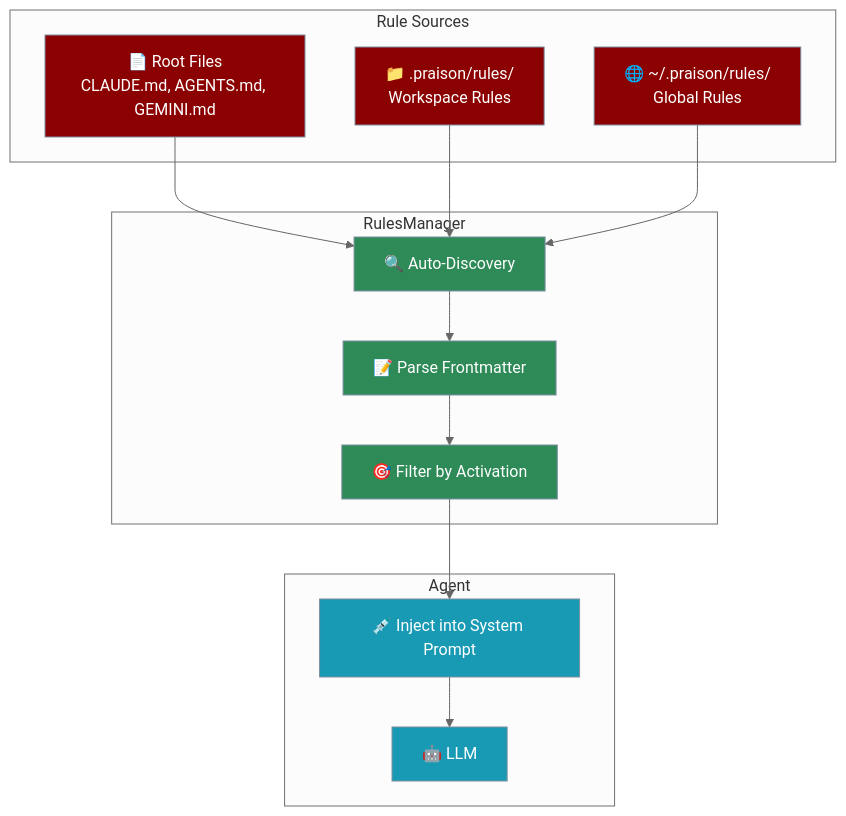
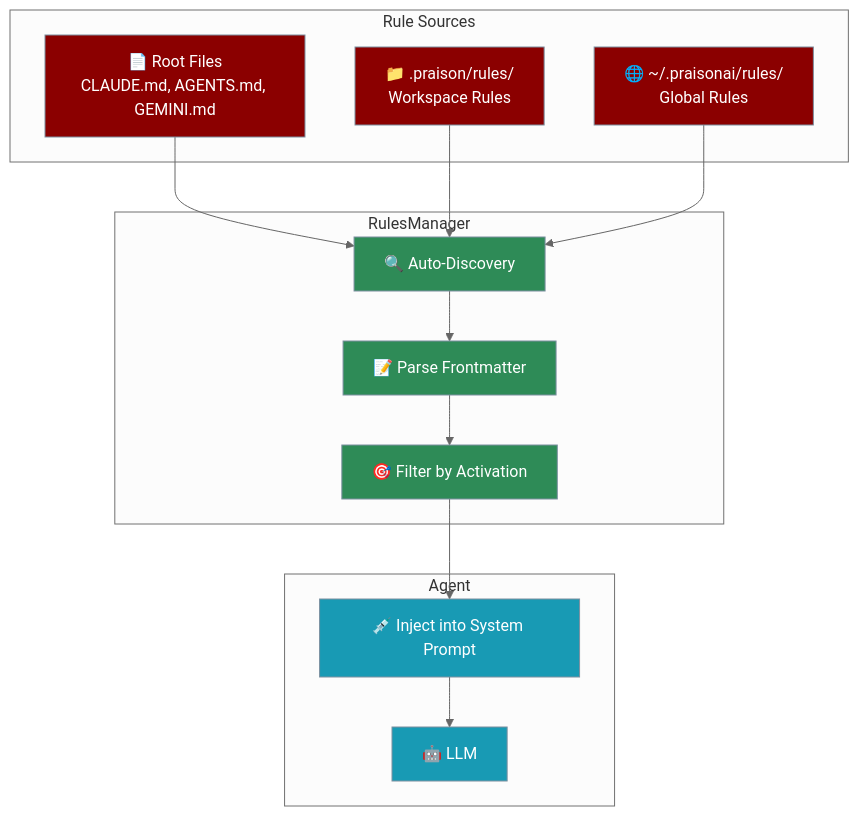
One commit to MervinPraison/PraisonAIDocs changed the diagram in docs/features/rules.mdx. Above: the diagram before and after it, drawn with Mermaid (neutral theme). The commit also changed other lines of this file and 80 other files, not shown here.

````diff
--- a/docs/features/rules.mdx
+++ b/docs/features/rules.mdx
@@ -11,36 +11,36 @@
 ```mermaid
 graph TB
     subgraph "Rule Sources"
         ROOT["📄 Root Files<br/>CLAUDE.md, AGENTS.md, GEMINI.md"]
         WORKSPACE["📁 .praison/rules/<br/>Workspace Rules"]
-        GLOBAL["🌐 ~/.praison/rules/<br/>Global Rules"]
+        GLOBAL["🌐 ~/.praisonai/rules/<br/>Global Rules"]
     end
     
     subgraph "RulesManager"
         DISCOVER["🔍 Auto-Discovery"]
         PARSE["📝 Parse Frontmatter"]
         FILTER["🎯 Filter by Activation"]
     end
     
     subgraph "Agent"
         INJECT["💉 Inject into System Prompt"]
         LLM["🤖 LLM"]
     end
     
     ROOT --> DISCOVER
     WORKSPACE --> DISCOVER
     GLOBAL --> DISCOVER
     
     DISCOVER --> PARSE
     PARSE --> FILTER
     FILTER --> INJECT
     INJECT --> LLM
     
     classDef source fill:#8B0000,stroke:#7C90A0,color:#fff
     classDef manager fill:#2E8B57,stroke:#7C90A0,color:#fff
     classDef agent fill:#189AB4,stroke:#7C90A0,color:#fff
     
     class ROOT,WORKSPACE,GLOBAL source
     class DISCOVER,PARSE,FILTER manager
     class INJECT,LLM agent
 ```
````
